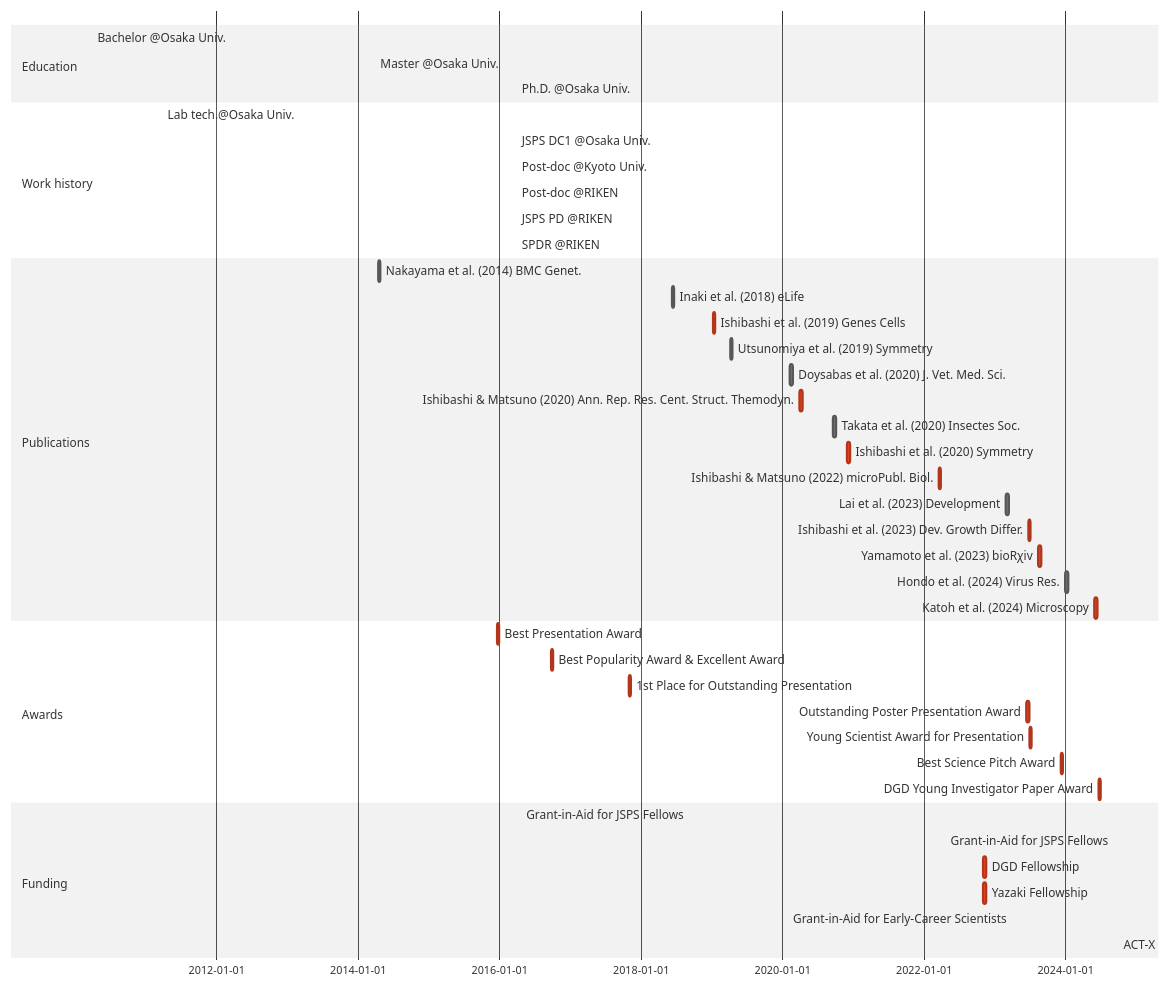
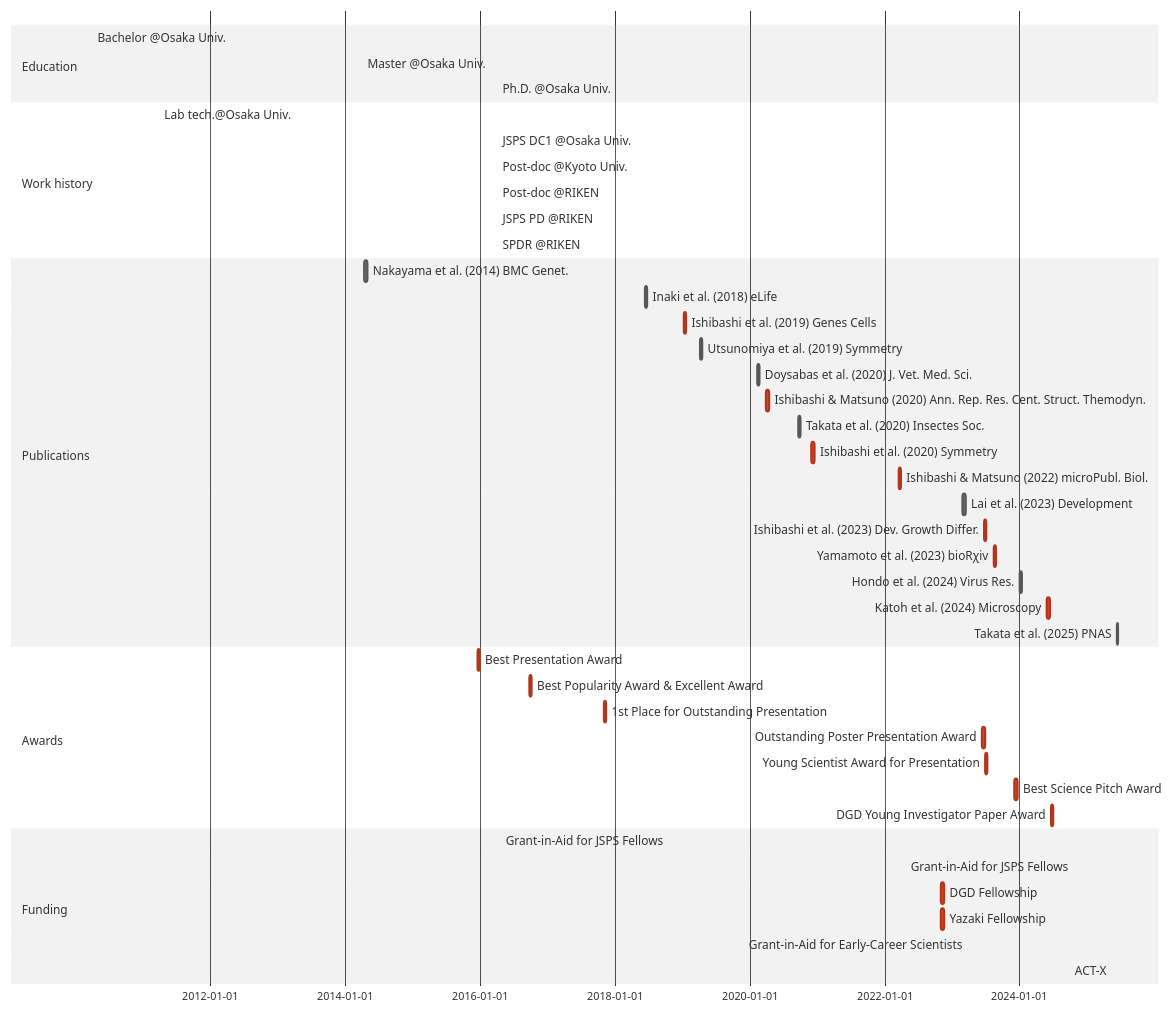
Before and after one commit to ishibaki/ishibaki.github.io: the diagram in _includes/mermaid-cv.md, drawn with Mermaid (neutral theme).

````diff
--- a/_includes/mermaid-cv.md
+++ b/_includes/mermaid-cv.md
@@ -1,47 +1,47 @@
 ```mermaid
 gantt
 section Education
   Bachelor @Osaka Univ. : BS, 2010-04-01, 2014-03-25
   Master @Osaka Univ.   : MS, 2014-04-01, 2016-03-28
   Ph.D. @Osaka Univ.    : Ph.D., 2016-04-01, 2019-03-25
 section Work history
   Lab tech.@Osaka Univ.     : done, OU-tech, 2011-04-01, 2012-03-31
   JSPS DC1 @Osaka Univ.     : done, DC1, 2016-04-01, 2019-03-31
   Post-doc @Kyoto Univ.     : done, KU-postdoc, after DC1, 2021-04-30
   Post-doc @RIKEN           : done, RIKEN-postdoc, after KU-postdoc, 2022-03-31
   JSPS PD @RIKEN            : done, PD, after RIKEN-postdoc, 2023-03-31
   SPDR @RIKEN               : active, SPDR, after PD, 2026-03-31
 section Publications
   Nakayama et al. (2014) BMC Genet.           :       nakayama2014, 2014-04-16, 2w
   Inaki et al. (2018) eLife                   :       inaki2018, 2018-06-12, 2w
   Ishibashi et al. (2019) Genes Cells         : crit, ishibashi2019, 2019-01-09, 2w
   Utsunomiya et al. (2019) Symmetry           :       utsunomiya2019, 2019-04-08, 2w
   Doysabas et al. (2020) J. Vet. Med. Sci.    :       doysabas2020, 2020-02-12, 2w
   Ishibashi & Matsuno (2020) Ann. Rep. Res. Cent. Struct. Themodyn. : crit, ishibashi2020a, 2020-04-01, 2w
   Takata et al. (2020) Insectes Soc.          :       takata2020, 2020-09-22, 2w
   Ishibashi et al. (2020) Symmetry            : crit, ishibashi2020b, 2020-12-02, 2w
   Ishibashi & Matsuno (2022) microPubl. Biol. : crit, ishibashi2022, 2022-03-18, 2w
   Lai et al. (2023) Development               :       lai2023, 2023-03-02, 2w
   Ishibashi et al. (2023) Dev. Growth Differ. : crit, ishibashi2023, 2023-06-25, 2w
   Yamamoto et al. (2023) bioRχiv              : crit, yamamoto2023, 2023-08-16, 2w
   Hondo et al. (2024) Virus Res.              :       hondo2024, 2024-01-02, 2w
   Katoh et al. (2024) Microscopy              : crit, katoh2024, 2024-06-01, 2w
-%% Takata et al. (2025) PNAS                    :       takata2025,2025-99-99, 1w
+  Takata et al. (2025) PNAS                   :       takata2025,2025-06-13, 1w
 %% Comment
 section Awards
   Best Presentation Award                  : crit, aw_1, 2015-12-20, 2w
   Best Popularity Award & Excellent Award  : crit, aw_2, 2016-09-25, 2w
 %%  Excellent Award                          : crit, aw_3, 2016-09-25, 2w
   1st Place for Outstanding Presentation   : crit, aw_4, 2017-11-01, 2w
   Outstanding Poster Presentation Award    : crit, aw_5, 2023-06-15, 2w
   Young Scientist Award for Presentation   : crit, aw_6, 2023-06-29, 2w
   Best Science Pitch Award                 : crit, aw_7, 2023-12-08, 2w
   DGD Young Investigator Paper Award       : crit, aw_8, 2024-06-21, 2w
 section Funding
   Grant-in-Aid for JSPS Fellows             : done, grant_DC1, 2016-04-22, 2019-03-31
   Grant-in-Aid for JSPS Fellows             : active, grant_PD, 2022-04-22, 2025-03-31
   DGD Fellowship                            : crit, dgd_fellowship, 2022-11-04, 2w
   Yazaki Fellowship                         : crit, yazaki_fellowship, 2022-11-04, 2w
   Grant-in-Aid for Early-Career Scientists  : active, grant_ecs2023, 2023-04-01, 2026-03-31
   ACT-X                                     : active, ACT-X2024, 2024-10-01, 2027-03-31
 ```
````
